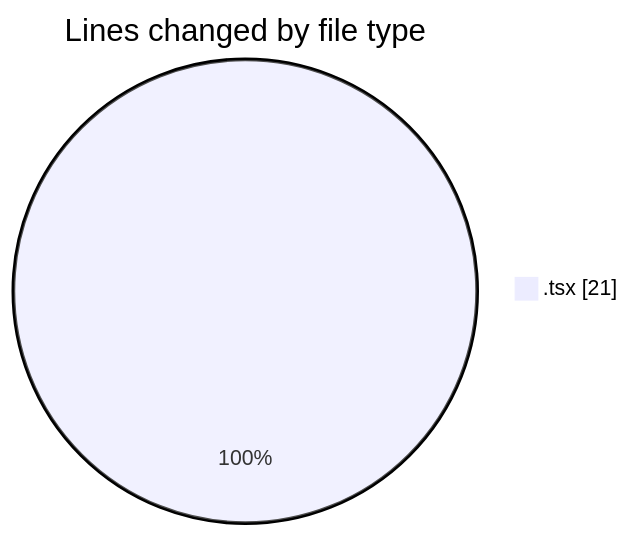
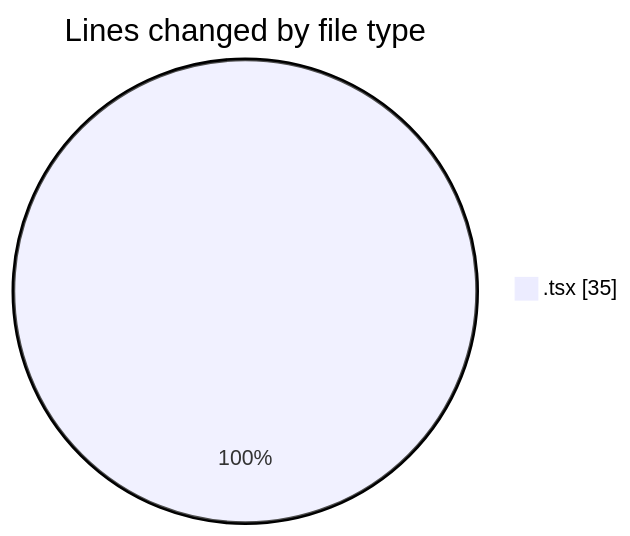
Before and after one commit to momahboobian/code-tracking: the first of 2 diagrams in 2026-04-10/cda/README.md, drawn with Mermaid. The commit also changed other lines of this file and 2 other files, not shown here.

````diff
--- a/2026-04-10/cda/README.md
+++ b/2026-04-10/cda/README.md
@@ -20,5 +20,5 @@
 ```mermaid
 pie showData
 title Lines changed by file type
-".tsx" : 21
+".tsx" : 35
 ```
````
